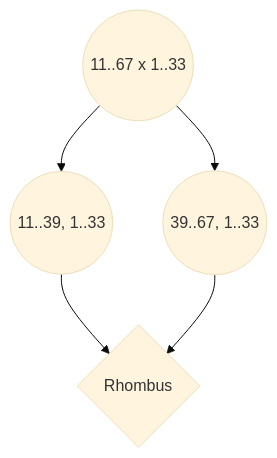
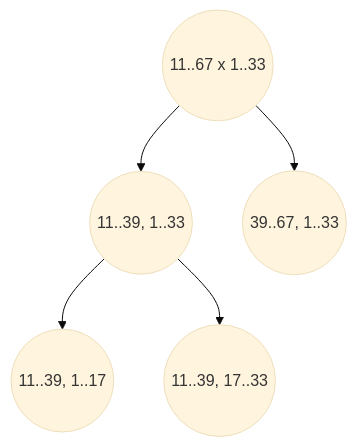
The diagram in clanek.md (chazzka/clanekforest), drawn with Mermaid (base theme) before and after one commit. The commit also changed other lines of this file, not shown here.

````diff
--- a/clanek.md
+++ b/clanek.md
@@ -243,7 +243,8 @@
 ```mermaid
 graph TB
 A((11..67 x 1..33)) --> B((11..39, 1..33))
 A --> C((39..67, 1..33))
-B --> D{Rhombus}
-C --> D
+B --> D((11..39, 1..17))
+B --> E((11..39, 17..33))
+
 ```
````
